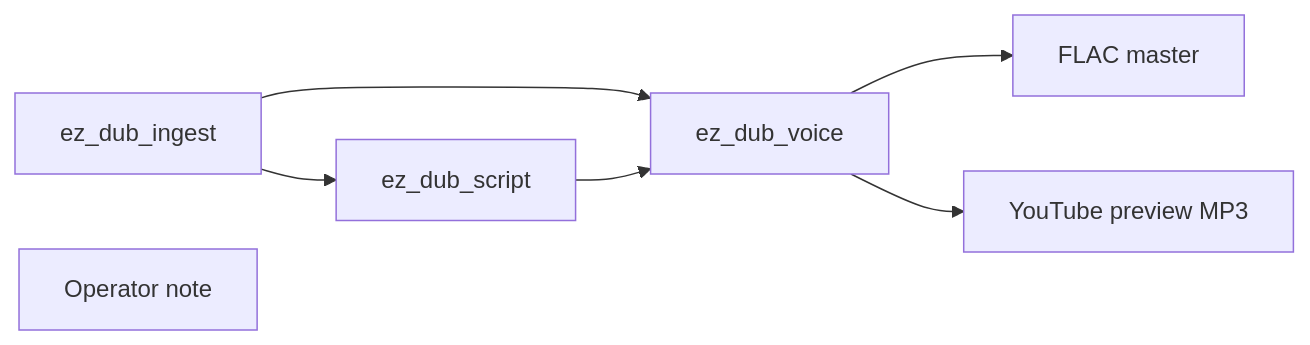
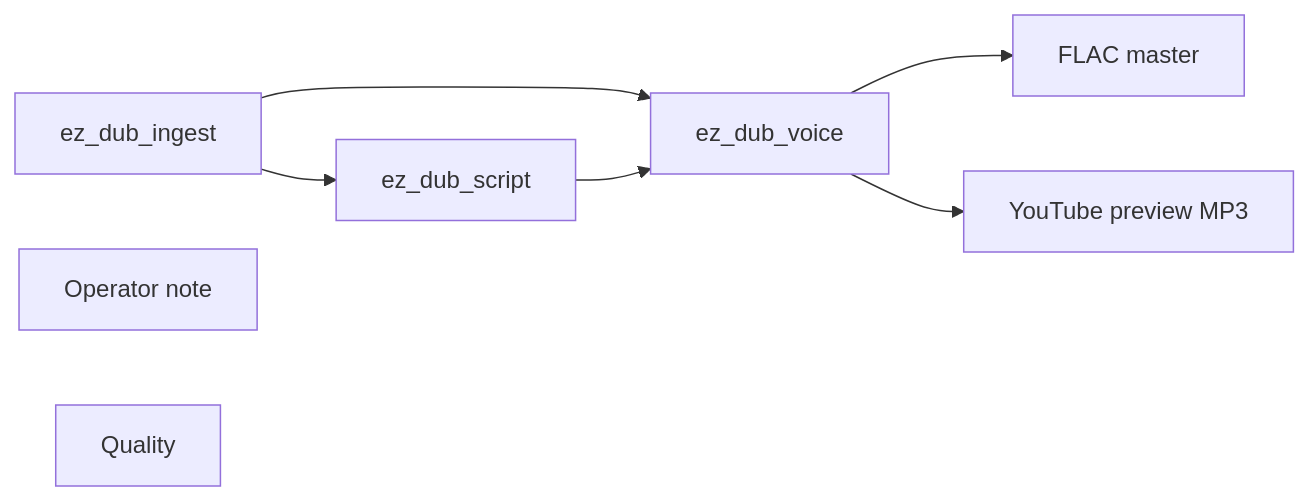
The diagram in docs/generated/workflows/audio/dub/localize.md (toxicoder/ez-comfy-stack), drawn with Mermaid before and after one commit. The commit also changed other lines of this file and 644 other files, not shown here.

````diff
--- a/docs/generated/workflows/audio/dub/localize.md
+++ b/docs/generated/workflows/audio/dub/localize.md
@@ -61,14 +61,15 @@
 ```mermaid
 flowchart LR
   N1["ez_dub_ingest"]
   N2["ez_dub_script"]
   N3["ez_dub_voice"]
   N4["FLAC master"]
   N5["YouTube preview MP3"]
   N6["Operator note"]
+  N7["Quality"]
   N1 --> N2
   N1 --> N3
   N2 --> N3
   N3 --> N4
   N3 --> N5
 ```
````
